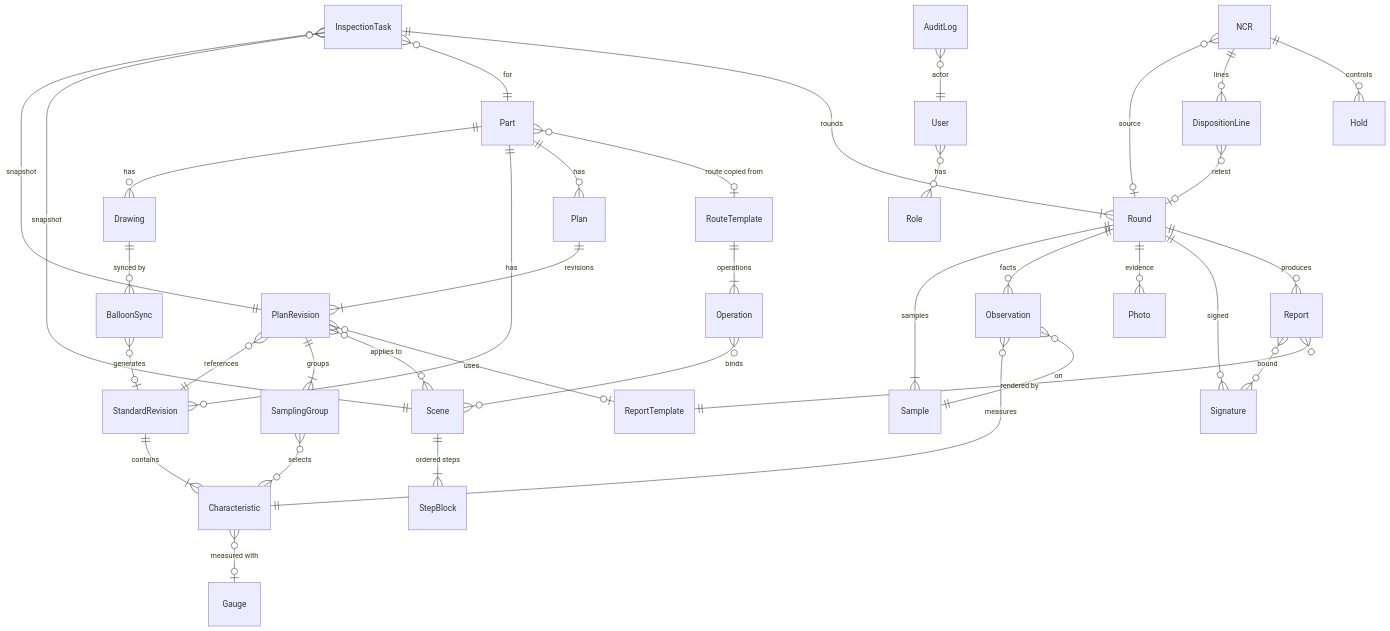
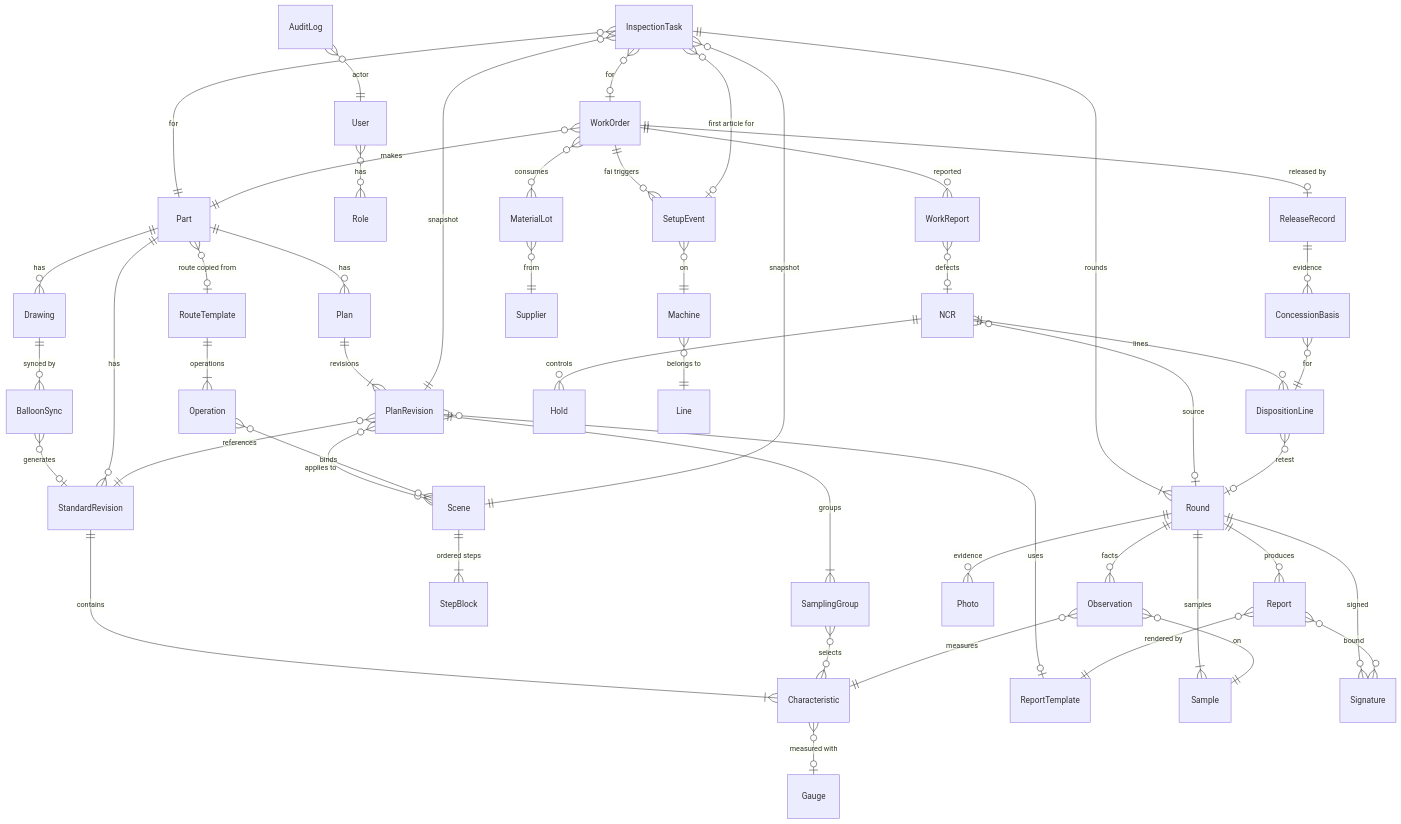
One commit to Xyvy-57/QMS changed the ninth of 10 diagrams in 私有QMS交付/01_功能需求分析/私有QMS_功能需求分析与PRD初稿.md. Above: the diagram before and after it, drawn with Mermaid. The commit also changed other lines of this file and 26 other files, not shown here.

````diff
--- a/私有QMS交付/01_功能需求分析/私有QMS_功能需求分析与PRD初稿.md
+++ b/私有QMS交付/01_功能需求分析/私有QMS_功能需求分析与PRD初稿.md
@@ -1094,39 +1185,52 @@
 ```mermaid
 erDiagram
   Part ||--o{ Drawing : "has"
   Drawing ||--o{ BalloonSync : "synced by"
   BalloonSync }o--o| StandardRevision : "generates"
   Part ||--o{ StandardRevision : "has"
   StandardRevision ||--|{ Characteristic : "contains"
   Characteristic }o--o| Gauge : "measured with"
   Part ||--o{ Plan : "has"
   Plan ||--|{ PlanRevision : "revisions"
   PlanRevision }o--|| StandardRevision : "references"
   PlanRevision ||--|{ SamplingGroup : "groups"
   SamplingGroup }o--o{ Characteristic : "selects"
   PlanRevision }o--o{ Scene : "applies to"
   PlanRevision }o--o| ReportTemplate : "uses"
   Scene ||--|{ StepBlock : "ordered steps"
   RouteTemplate ||--|{ Operation : "operations"
   Part }o--o| RouteTemplate : "route copied from"
   Operation }o--o{ Scene : "binds"
   InspectionTask }o--|| PlanRevision : "snapshot"
   InspectionTask }o--|| Scene : "snapshot"
   InspectionTask }o--|| Part : "for"
   InspectionTask ||--|{ Round : "rounds"
   Round ||--|{ Sample : "samples"
   Round ||--o{ Observation : "facts"
   Observation }o--|| Characteristic : "measures"
   Observation }o--|| Sample : "on"
   Round ||--o{ Photo : "evidence"
   Round ||--o{ Signature : "signed"
   Round ||--o{ Report : "produces"
   Report }o--o{ Signature : "bound"
   Report }o--|| ReportTemplate : "rendered by"
   NCR }o--o| Round : "source"
   NCR ||--o{ DispositionLine : "lines"
   NCR ||--o{ Hold : "controls"
   DispositionLine }o--o| Round : "retest"
   User }o--o{ Role : "has"
   AuditLog }o--|| User : "actor"
+  WorkOrder }o--|| Part : "makes"
+  WorkOrder ||--o{ WorkReport : "reported"
+  WorkReport }o--o| NCR : "defects"
+  WorkOrder ||--o{ SetupEvent : "fai triggers"
+  SetupEvent }o--|| Machine : "on"
+  Machine }o--|| Line : "belongs to"
+  InspectionTask }o--o| WorkOrder : "for"
+  InspectionTask }o--o| SetupEvent : "first article for"
+  WorkOrder }o--o{ MaterialLot : "consumes"
+  MaterialLot }o--|| Supplier : "from"
+  WorkOrder ||--o| ReleaseRecord : "released by"
+  ReleaseRecord ||--o{ ConcessionBasis : "evidence"
+  ConcessionBasis }o--|| DispositionLine : "for"
 ```
````
